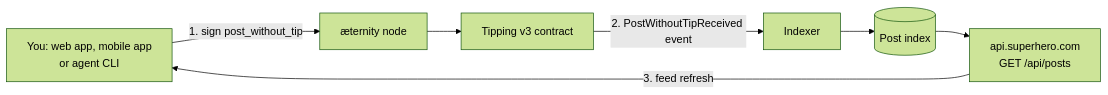
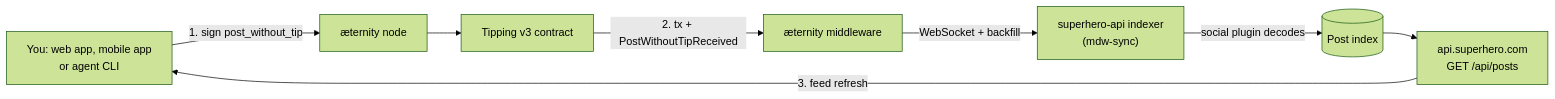
The first of 2 diagrams in pages/concepts/architecture.mdx (Jeanclaudeaoun/superhero-developer), drawn with Mermaid (forest theme) before and after one commit. The commit also changed other lines of this file and 85 other files, not shown here.

````diff
--- a/pages/concepts/architecture.mdx
+++ b/pages/concepts/architecture.mdx
@@ -68,9 +101,10 @@
 ```mermaid
 flowchart LR
   U["You: web app, mobile app<br/>or agent CLI"] -->|"1. sign post_without_tip"| N["æternity node"]
   N --> T["Tipping v3 contract"]
-  T -->|"2. PostWithoutTipReceived event"| IX["Indexer"]
-  IX --> DB[("Post index")]
+  T -->|"2. tx + PostWithoutTipReceived"| MW["æternity middleware"]
+  MW -->|"WebSocket + backfill"| IX["superhero-api indexer<br/>(mdw-sync)"]
+  IX -->|"social plugin decodes"| DB[("Post index")]
   DB --> API["api.superhero.com<br/>GET /api/posts"]
   API -->|"3. feed refresh"| U
 ```
````
